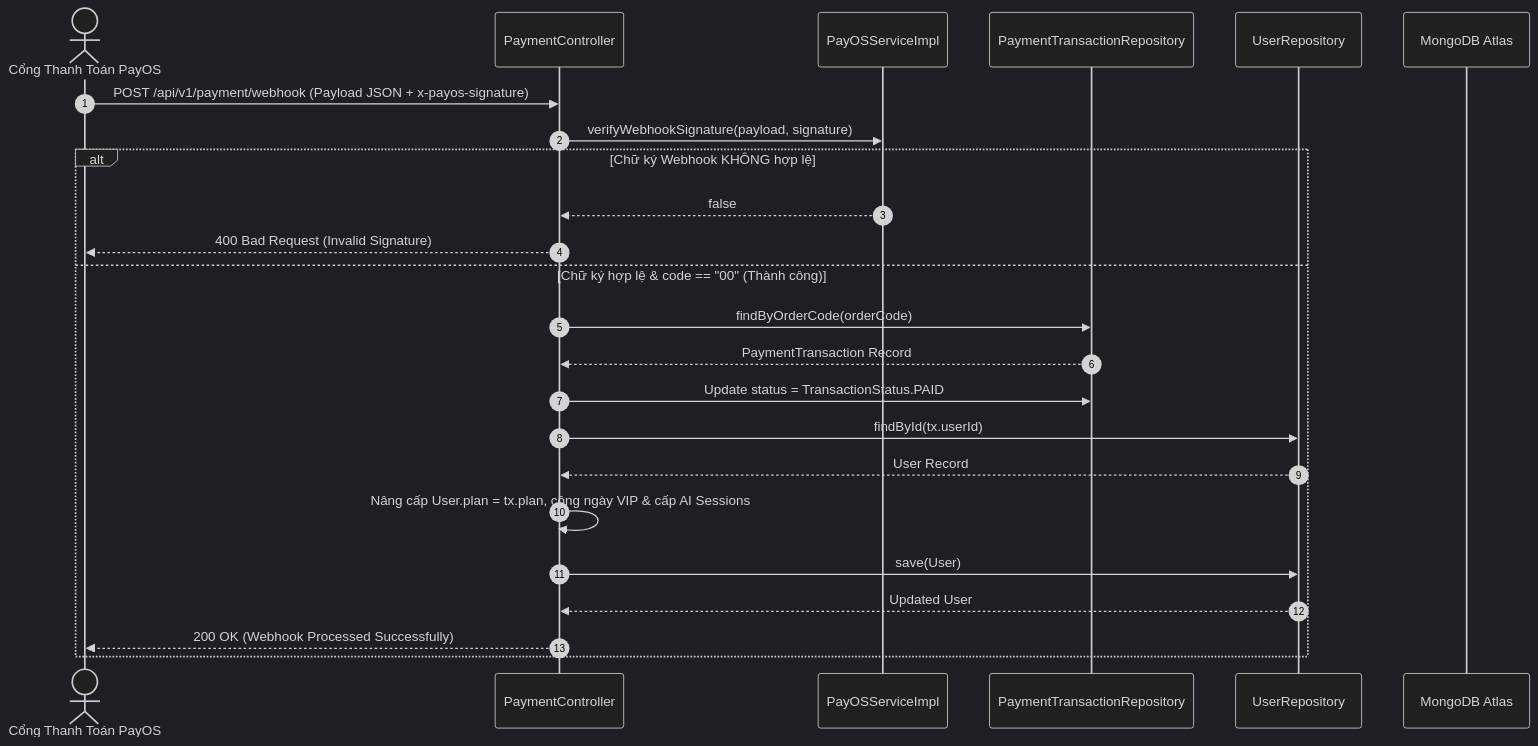
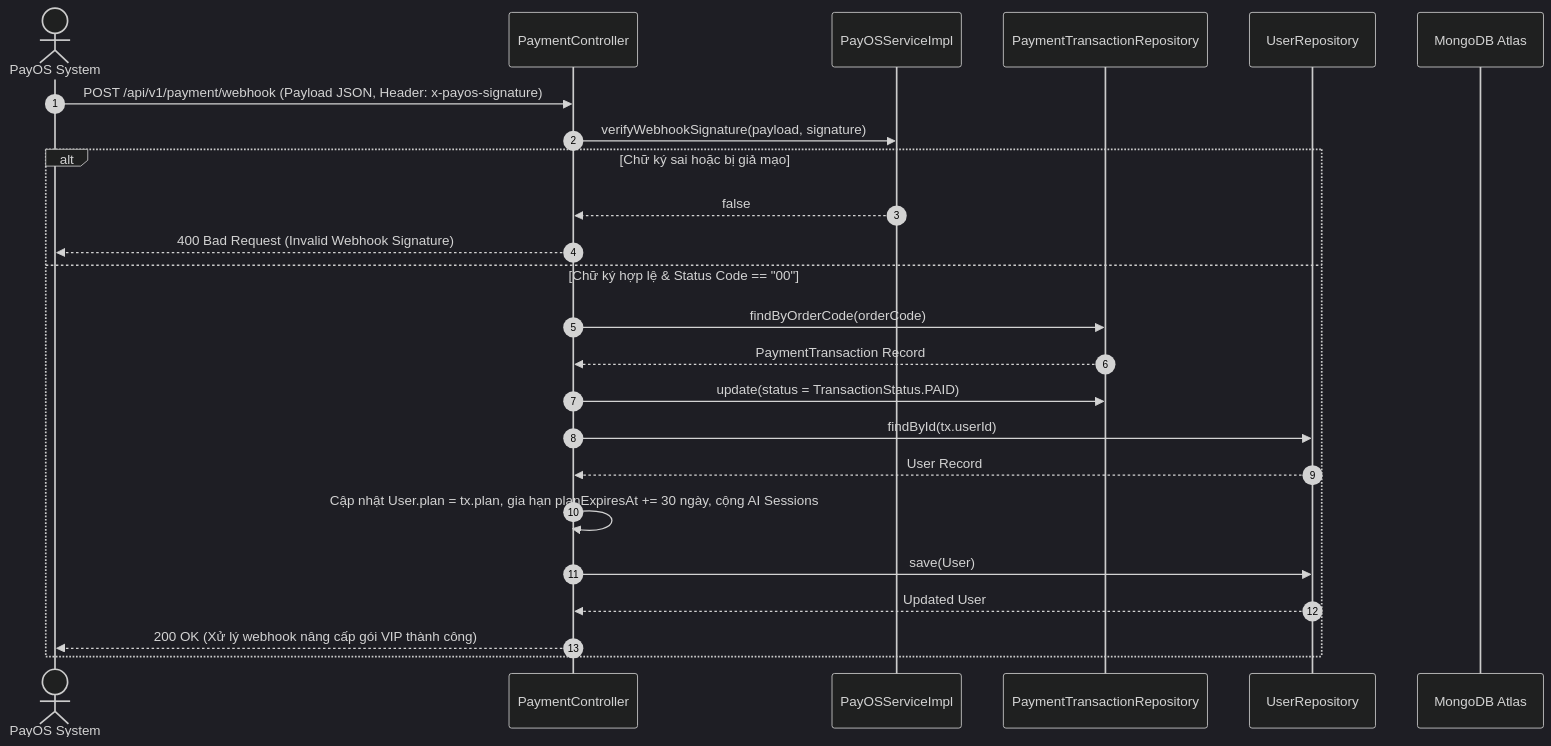
Before and after one commit to The-MC-Hub/MC_Voice_Training_Backend: the sixth of 12 diagrams in docs/use-cases/UC-06-payment-subscription.md, drawn with Mermaid (dark theme). The commit also changed other lines of this file and 12 other files, not shown here.

Commit message:
docs(use-cases): fully expand all sub-use-cases across all 13 UC files with dedicated Class Diagrams, Sequence Diagrams, and Unit Tests

````diff
--- a/docs/use-cases/UC-06-payment-subscription.md
+++ b/docs/use-cases/UC-06-payment-subscription.md
@@ -69,31 +134,31 @@
 ```mermaid
 sequenceDiagram
     autonumber
-    actor PayOS as Cổng Thanh Toán PayOS
+    actor PayOS as PayOS System
     participant Controller as PaymentController
     participant PayOSService as PayOSServiceImpl
     participant TxRepo as PaymentTransactionRepository
     participant UserRepo as UserRepository
     participant DB as MongoDB Atlas
 
-    PayOS->>Controller: POST /api/v1/payment/webhook (Payload JSON + x-payos-signature)
+    PayOS->>Controller: POST /api/v1/payment/webhook (Payload JSON, Header: x-payos-signature)
     Controller->>PayOSService: verifyWebhookSignature(payload, signature)
     
-    alt Chữ ký Webhook KHÔNG hợp lệ
+    alt Chữ ký sai hoặc bị giả mạo
         PayOSService-->>Controller: false
-        Controller-->>PayOS: 400 Bad Request (Invalid Signature)
-    else Chữ ký hợp lệ & code == "00" (Thành công)
+        Controller-->>PayOS: 400 Bad Request (Invalid Webhook Signature)
+    else Chữ ký hợp lệ & Status Code == "00"
         Controller->>TxRepo: findByOrderCode(orderCode)
         TxRepo-->>Controller: PaymentTransaction Record
         
-        Controller->>TxRepo: Update status = TransactionStatus.PAID
+        Controller->>TxRepo: update(status = TransactionStatus.PAID)
         Controller->>UserRepo: findById(tx.userId)
         UserRepo-->>Controller: User Record
         
-        Controller->>Controller: Nâng cấp User.plan = tx.plan, cộng ngày VIP & cấp AI Sessions
+        Controller->>Controller: Cập nhật User.plan = tx.plan, gia hạn planExpiresAt += 30 ngày, cộng AI Sessions
         Controller->>UserRepo: save(User)
         UserRepo-->>Controller: Updated User
         
-        Controller-->>PayOS: 200 OK (Webhook Processed Successfully)
+        Controller-->>PayOS: 200 OK (Xử lý webhook nâng cấp gói VIP thành công)
     end
 ```
````
